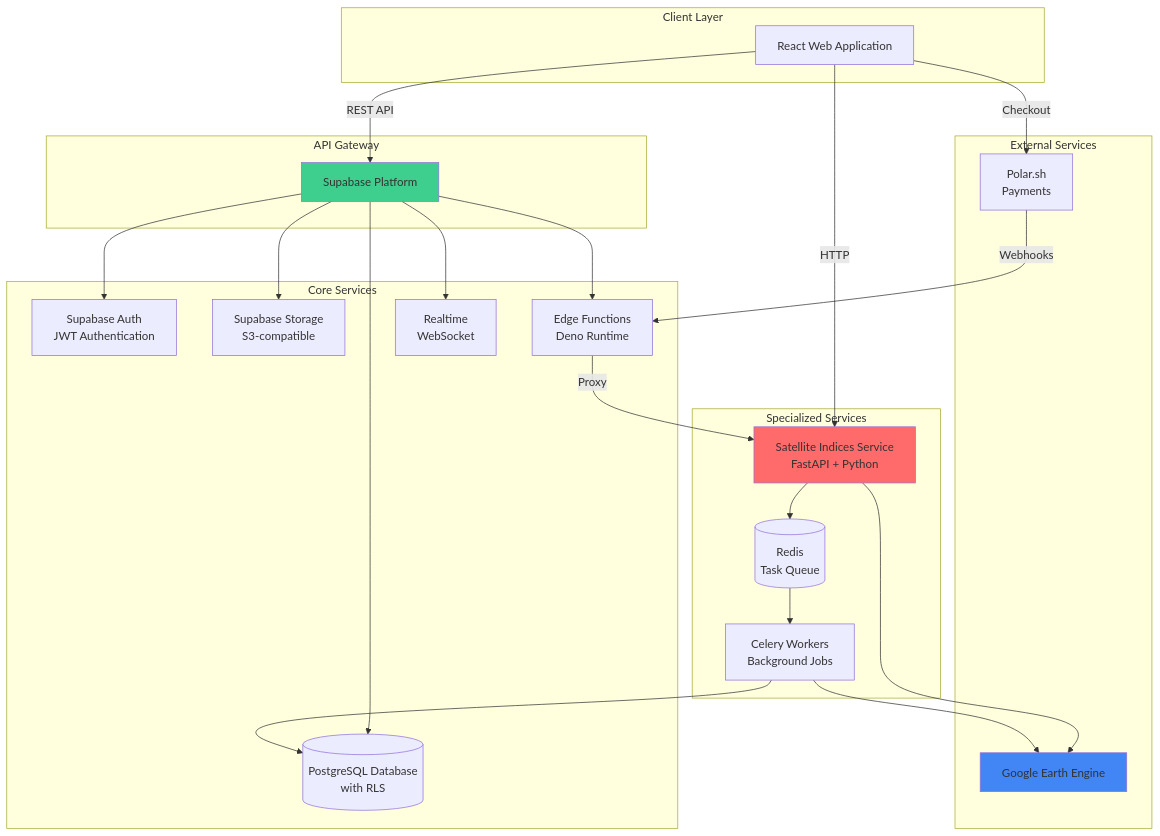
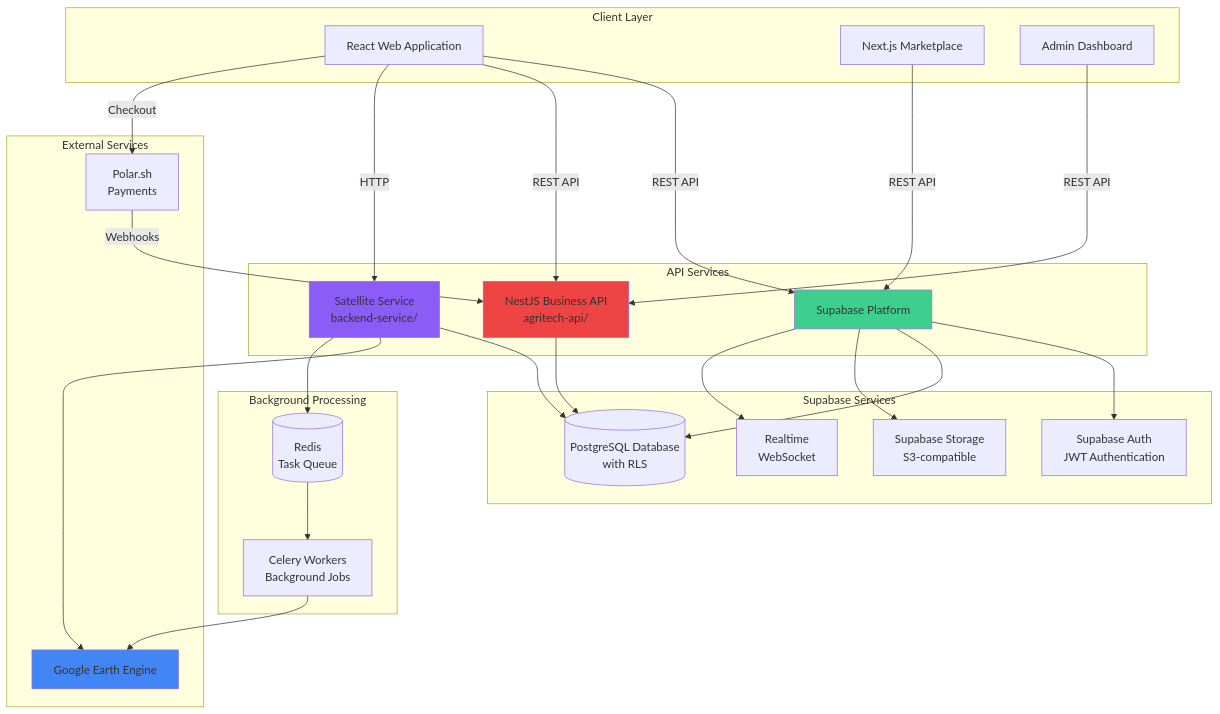
One commit to boutchaz/agritech changed the first of 4 diagrams in docs/docs/architecture/backend.md. Above: the diagram before and after it, drawn with Mermaid. The commit also changed other lines of this file and 7 other files, not shown here.

````diff
--- a/docs/docs/architecture/backend.md
+++ b/docs/docs/architecture/backend.md
@@ -12,52 +12,57 @@
 ```mermaid
 graph TB
     subgraph "Client Layer"
         WebApp[React Web Application]
+        Marketplace[Next.js Marketplace]
+        AdminApp[Admin Dashboard]
     end
 
-    subgraph "API Gateway"
+    subgraph "API Services"
         Supabase[Supabase Platform]
+        NestAPI[NestJS Business API<br/>agritech-api/]
+        SatService[Satellite Service<br/>backend-service/]
     end
 
-    subgraph "Core Services"
+    subgraph "Supabase Services"
         Auth[Supabase Auth<br/>JWT Authentication]
         DB[(PostgreSQL Database<br/>with RLS)]
         Storage[Supabase Storage<br/>S3-compatible]
-        EdgeFn[Edge Functions<br/>Deno Runtime]
         Realtime[Realtime<br/>WebSocket]
     end
 
-    subgraph "Specialized Services"
-        SatService[Satellite Indices Service<br/>FastAPI + Python]
+    subgraph "Background Processing"
         Celery[Celery Workers<br/>Background Jobs]
         Redis[(Redis<br/>Task Queue)]
     end
 
     subgraph "External Services"
         GEE[Google Earth Engine]
         Polar[Polar.sh<br/>Payments]
     end
 
     WebApp -->|REST API| Supabase
+    WebApp -->|REST API| NestAPI
     WebApp -->|HTTP| SatService
     WebApp -->|Checkout| Polar
+    Marketplace -->|REST API| Supabase
+    AdminApp -->|REST API| NestAPI
 
     Supabase --> Auth
     Supabase --> DB
     Supabase --> Storage
-    Supabase --> EdgeFn
     Supabase --> Realtime
 
-    EdgeFn -->|Proxy| SatService
+    NestAPI --> DB
+    SatService --> DB
     SatService --> GEE
     SatService --> Redis
     Redis --> Celery
     Celery --> GEE
-    Celery --> DB
 
-    Polar -->|Webhooks| EdgeFn
+    Polar -->|Webhooks| NestAPI
 
     style Supabase fill:#3ecf8e
-    style SatService fill:#ff6b6b
+    style NestAPI fill:#ef4444
+    style SatService fill:#8b5cf6
     style GEE fill:#4285f4
 ```
````
